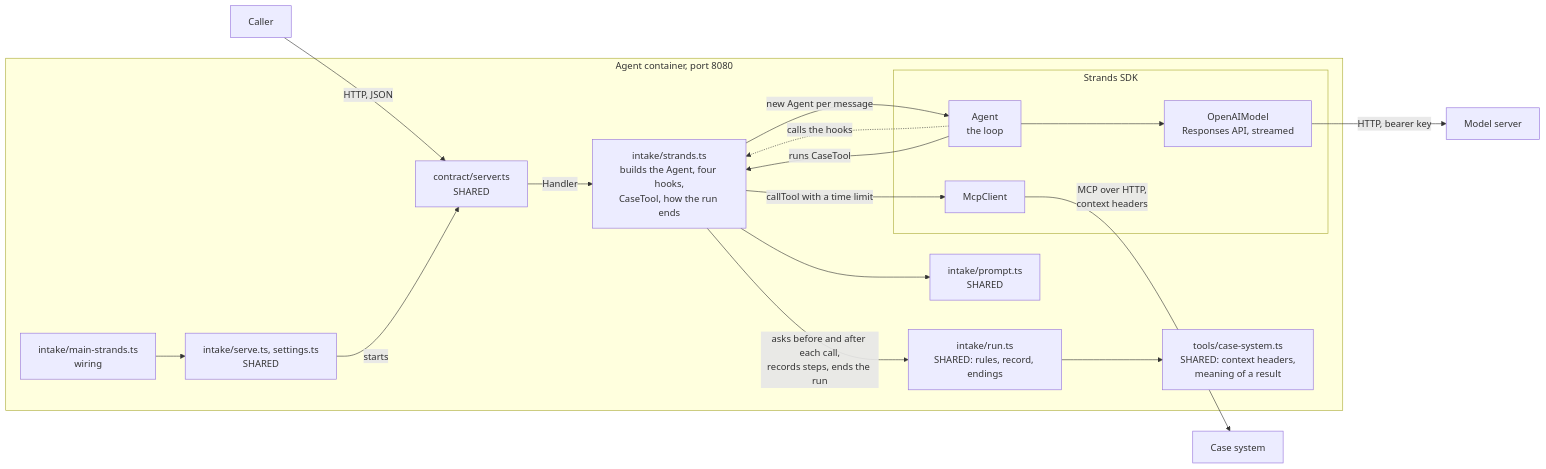
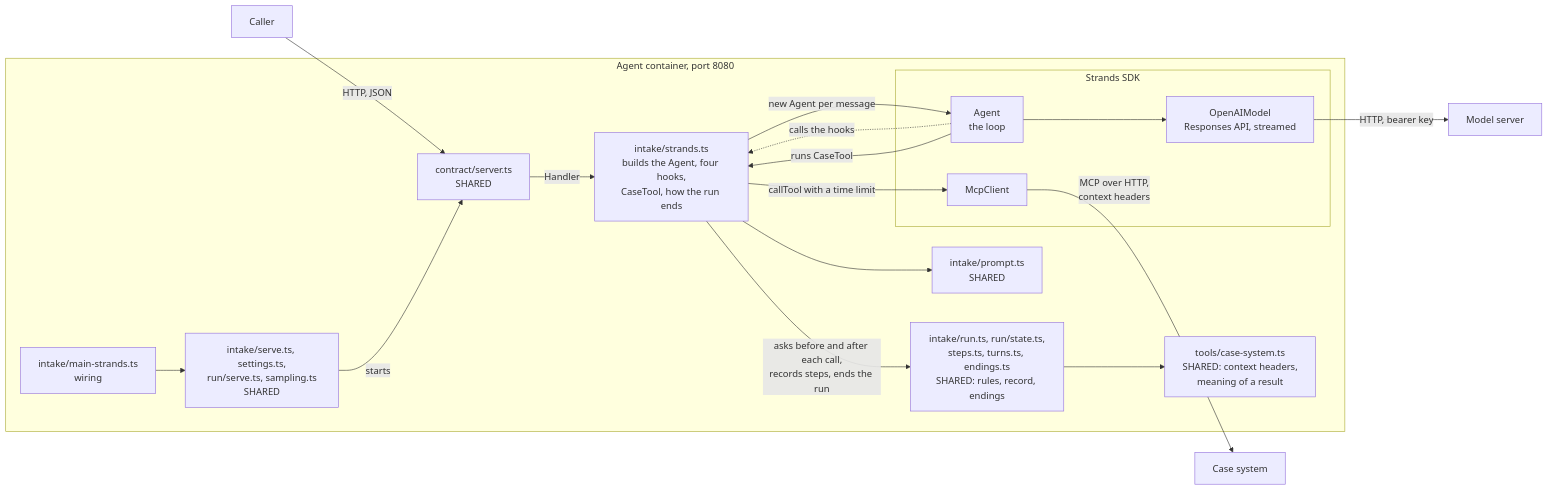
The first of 2 diagrams in docs/architecture/intake-agent-strands.md (AndrewPHunter/ai-on-aws), drawn with Mermaid before and after one commit. The commit also changed other lines of this file and 16 other files, not shown here.

First line of the commit message:
Agents: startup and the run record are shared, not intake's

````diff
--- a/docs/architecture/intake-agent-strands.md
+++ b/docs/architecture/intake-agent-strands.md
@@ -26,37 +26,37 @@
 ```mermaid
 flowchart LR
     Caller["Caller"]
 
     subgraph Agent["Agent container, port 8080"]
         Main["intake/main-strands.ts<br/>wiring"]
-        Serve["intake/serve.ts, settings.ts<br/>SHARED"]
+        Serve["intake/serve.ts, settings.ts,<br/>run/serve.ts, sampling.ts<br/>SHARED"]
         Server["contract/server.ts<br/>SHARED"]
         Ours["intake/strands.ts<br/>builds the Agent, four hooks,<br/>CaseTool, how the run ends"]
-        Run["intake/run.ts<br/>SHARED: rules, record, endings"]
+        Run["intake/run.ts, run/state.ts,<br/>steps.ts, turns.ts, endings.ts<br/>SHARED: rules, record, endings"]
         Prompt["intake/prompt.ts<br/>SHARED"]
         CaseFns["tools/case-system.ts<br/>SHARED: context headers,<br/>meaning of a result"]
         subgraph SDK["Strands SDK"]
             Loop["Agent<br/>the loop"]
             OAI["OpenAIModel<br/>Responses API, streamed"]
             MCP["McpClient"]
         end
     end
 
     Model["Model server"]
     Cases["Case system"]
 
     Caller -->|"HTTP, JSON"| Server
     Main --> Serve
     Serve -->|"starts"| Server
     Server -->|"Handler"| Ours
     Ours -->|"new Agent per message"| Loop
     Ours --> Prompt
     Loop -. "calls the hooks" .-> Ours
     Ours -->|"asks before and after each call,<br/>records steps, ends the run"| Run
     Run --> CaseFns
     Loop --> OAI
     Loop -->|"runs CaseTool"| Ours
     Ours -->|"callTool with a time limit"| MCP
     OAI -->|"HTTP, bearer key"| Model
     MCP -->|"MCP over HTTP,<br/>context headers"| Cases
 ```
````
